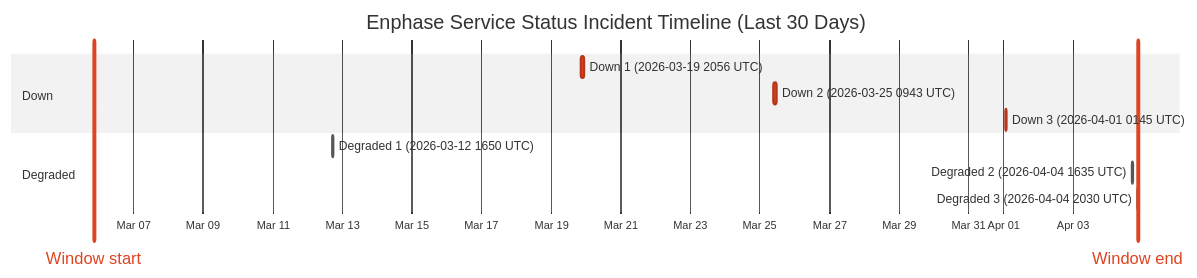
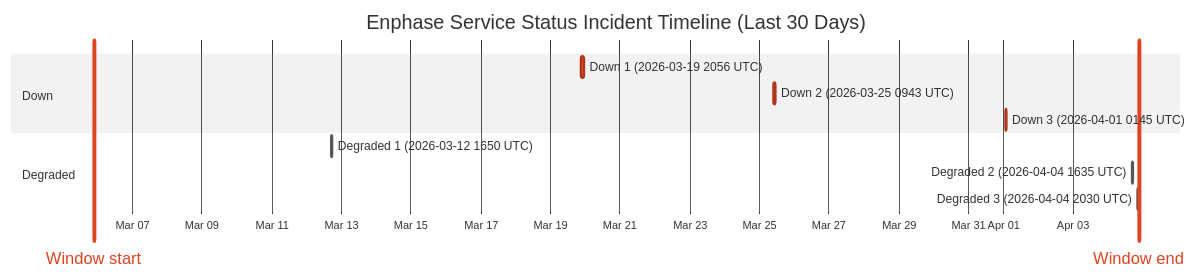
One commit to barneyonline/ha-enphase-ev-charger changed the diagram in wiki/Service-Status-History.md. Above: the diagram before and after it, drawn with Mermaid (neutral theme). The commit also changed other lines of this file and 4 other files, not shown here.

````diff
--- a/wiki/Service-Status-History.md
+++ b/wiki/Service-Status-History.md
@@ -14,16 +14,16 @@
 ```mermaid
 gantt
     title Enphase Service Status Incident Timeline (Last 30 Days)
     dateFormat  YYYY-MM-DDTHH:mm:ss
     axisFormat  %b %d
-    Window start :vert, window-start, 2026-03-05T20:30:40, 0ms
-    Window end :vert, window-end, 2026-04-04T20:30:40, 0ms
+    Window start :vert, window-start, 2026-03-05T21:30:29, 0ms
+    Window end :vert, window-end, 2026-04-04T21:30:29, 0ms
     section Down
     Down 1 (2026-03-19 2056 UTC) :crit, down-1, 2026-03-19T20:56:20, 145m
     Down 2 (2026-03-25 0943 UTC) :crit, down-2, 2026-03-25T09:43:28, 111m
     Down 3 (2026-04-01 0145 UTC) :crit, down-3, 2026-04-01T01:45:09, 60m
     section Degraded
     Degraded 1 (2026-03-12 1650 UTC) :active, degraded-1, 2026-03-12T16:50:43, 60m
     Degraded 2 (2026-04-04 1635 UTC) :active, degraded-2, 2026-04-04T16:35:17, 60m
     Degraded 3 (2026-04-04 2030 UTC) :active, degraded-3, 2026-04-04T20:30:40, 60m
 ```
````
